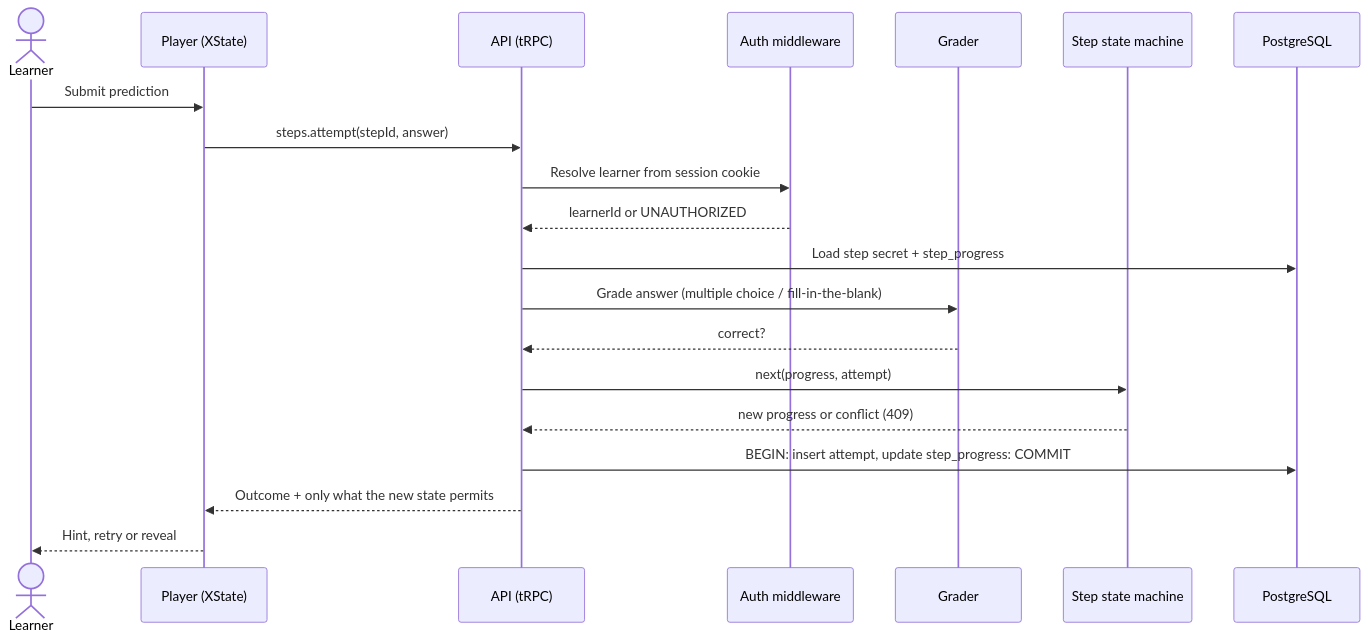
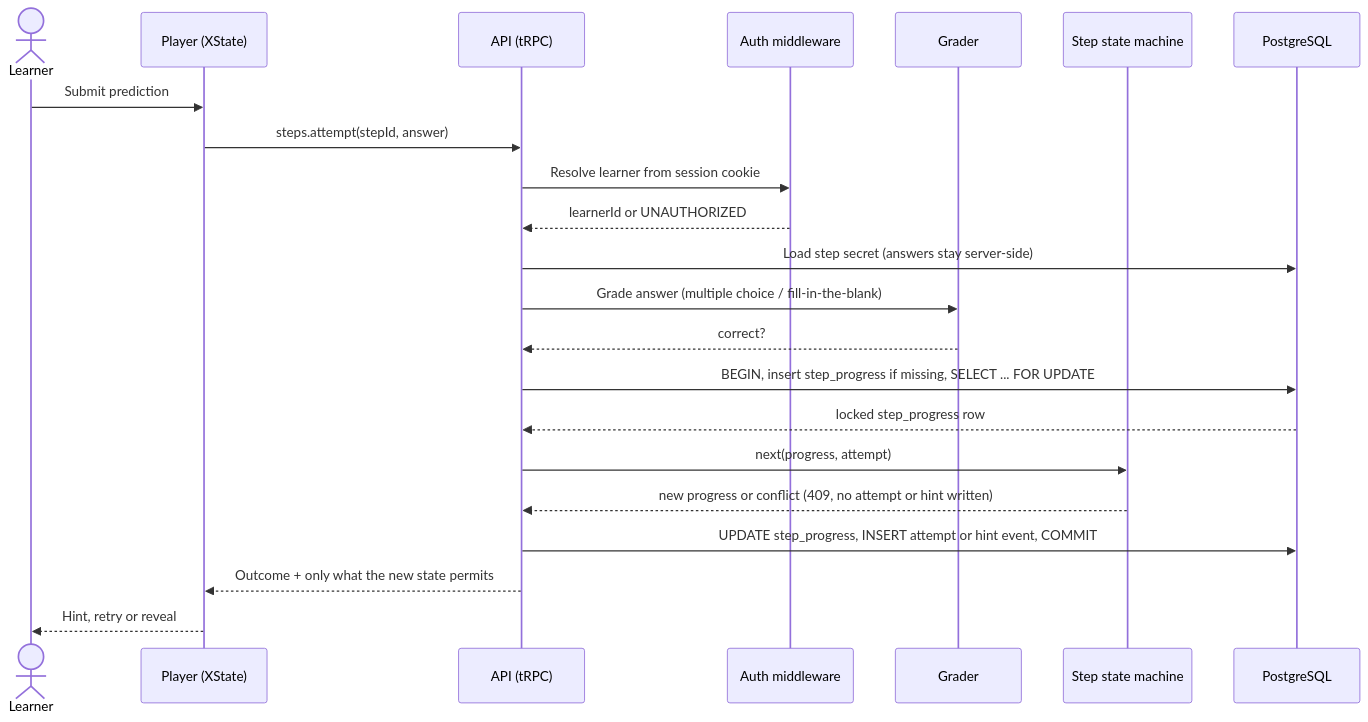
The diagram in docs/diagrams/src/fig2-attempt-sequence.mmd (NachikethReddyY/ay2627s2-cicdp-nachiketh), drawn with Mermaid before and after one commit. The commit also changed 6 other files, not shown here.

First line of the commit message:
docs(diagrams): fix attempt sequence and ER, restore plan anchors

```diff
--- a/docs/diagrams/src/fig2-attempt-sequence.mmd
+++ b/docs/diagrams/src/fig2-attempt-sequence.mmd
@@ -1,20 +1,22 @@
 sequenceDiagram
   actor L as Learner
   participant P as Player (XState)
   participant A as API (tRPC)
   participant S as Auth middleware
   participant G as Grader
   participant M as Step state machine
   participant D as PostgreSQL
   L->>P: Submit prediction
   P->>A: steps.attempt(stepId, answer)
   A->>S: Resolve learner from session cookie
   S-->>A: learnerId or UNAUTHORIZED
-  A->>D: Load step secret + step_progress
+  A->>D: Load step secret (answers stay server-side)
   A->>G: Grade answer (multiple choice / fill-in-the-blank)
   G-->>A: correct?
+  A->>D: BEGIN, insert step_progress if missing, SELECT ... FOR UPDATE
+  D-->>A: locked step_progress row
   A->>M: next(progress, attempt)
-  M-->>A: new progress or conflict (409)
-  A->>D: BEGIN: insert attempt, update step_progress: COMMIT
+  M-->>A: new progress or conflict (409, no attempt or hint written)
+  A->>D: UPDATE step_progress, INSERT attempt or hint event, COMMIT
   A-->>P: Outcome + only what the new state permits
   P-->>L: Hint, retry or reveal
```
